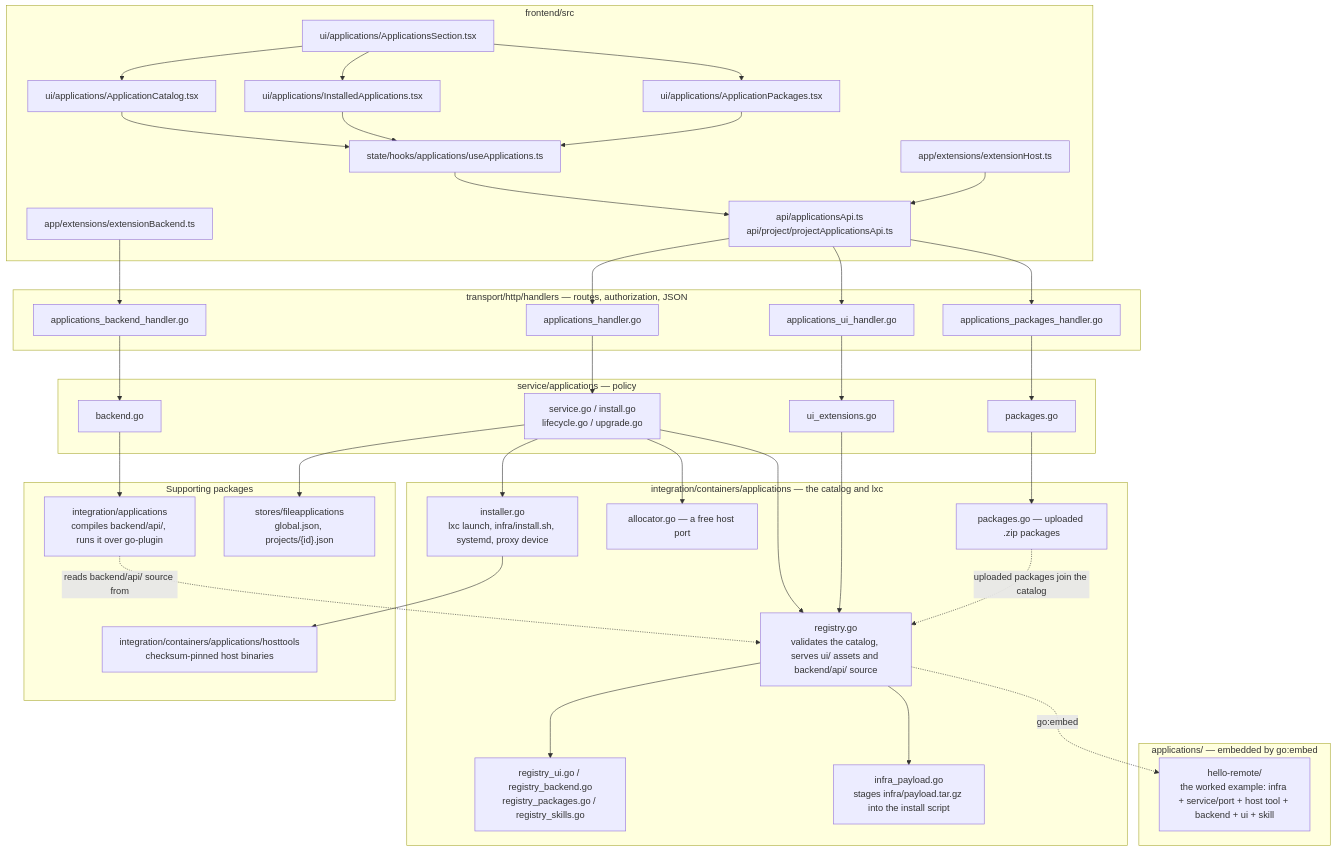
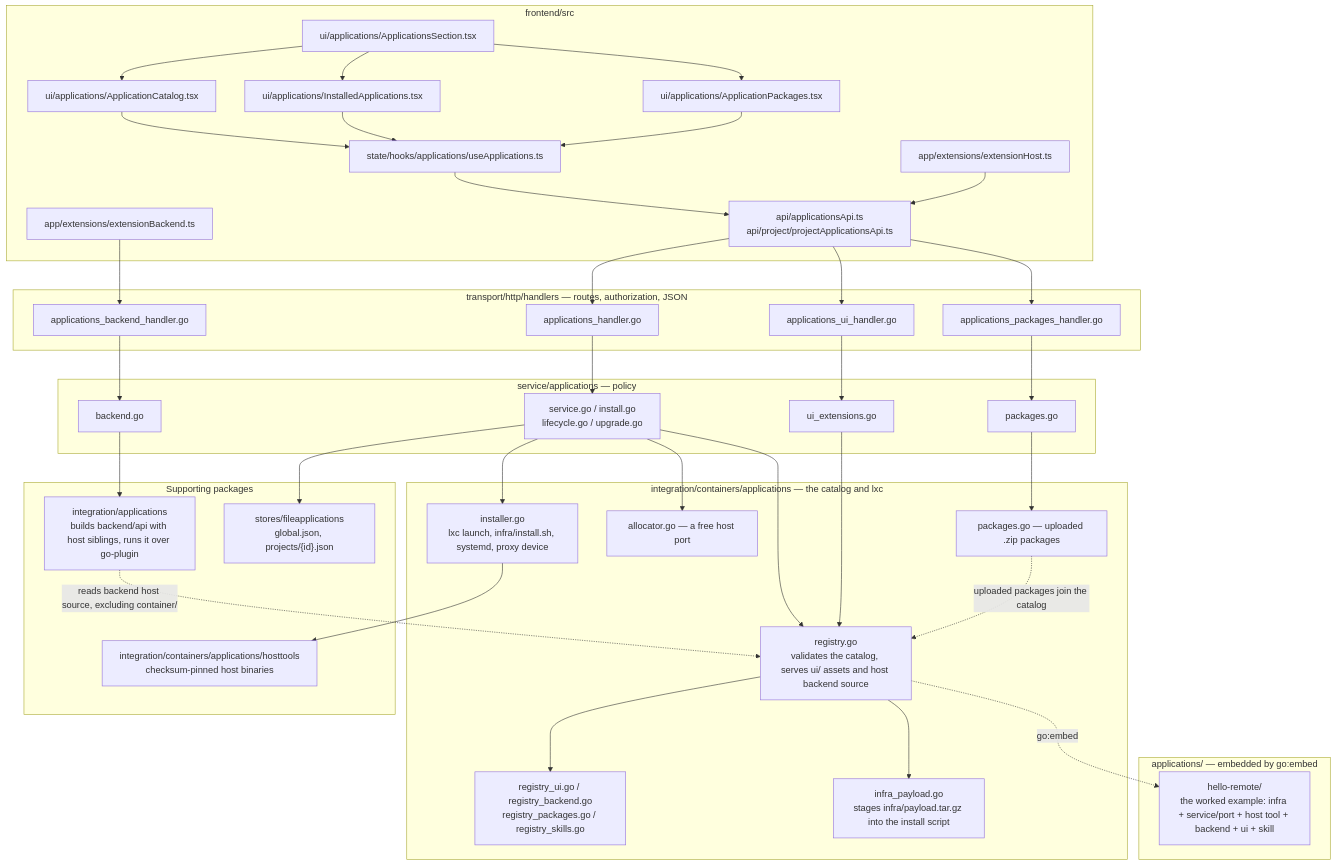
One commit to Ahmedwaleed22/remote.futrx changed the first of 2 diagrams in docs/dev/installable-applications/01-overview.md. Above: the diagram before and after it, drawn with Mermaid. The commit also changed other lines of this file and 33 other files, not shown here.

````diff
--- a/docs/dev/installable-applications/01-overview.md
+++ b/docs/dev/installable-applications/01-overview.md
@@ -106,79 +110,79 @@
 ```mermaid
 flowchart TB
     subgraph Frontend["frontend/src"]
         FE_Section["ui/applications/ApplicationsSection.tsx"]
         FE_Catalog["ui/applications/ApplicationCatalog.tsx"]
         FE_Installed["ui/applications/InstalledApplications.tsx"]
         FE_Packages["ui/applications/ApplicationPackages.tsx"]
         FE_Hook["state/hooks/applications/useApplications.ts"]
         FE_Api["api/applicationsApi.ts<br/>api/project/projectApplicationsApi.ts"]
         FE_ExtHost["app/extensions/extensionHost.ts"]
         FE_ExtBackend["app/extensions/extensionBackend.ts"]
     end
 
     subgraph HTTP["transport/http/handlers — routes, authorization, JSON"]
         H_Main["applications_handler.go"]
         H_UI["applications_ui_handler.go"]
         H_Backend["applications_backend_handler.go"]
         H_Packages["applications_packages_handler.go"]
     end
 
     subgraph Service["service/applications — policy"]
         S_Service["service.go / install.go<br/>lifecycle.go / upgrade.go"]
         S_UIExt["ui_extensions.go"]
         S_Backend["backend.go"]
         S_Packages["packages.go"]
     end
 
     subgraph Integration["integration/containers/applications — the catalog and lxc"]
-        I_Registry["registry.go<br/>validates the catalog, serves ui/ assets and backend/api/ source"]
+        I_Registry["registry.go<br/>validates the catalog, serves ui/ assets and host backend source"]
         I_RegParts["registry_ui.go / registry_backend.go<br/>registry_packages.go / registry_skills.go"]
         I_Payload["infra_payload.go<br/>stages infra/payload.tar.gz into the install script"]
         I_Installer["installer.go<br/>lxc launch, infra/install.sh, systemd, proxy device"]
         I_Allocator["allocator.go — a free host port"]
         I_Packages["packages.go — uploaded .zip packages"]
     end
 
     subgraph Support["Supporting packages"]
-        P_ApplicationHost["integration/applications<br/>compiles backend/api/, runs it over go-plugin"]
+        P_ApplicationHost["integration/applications<br/>builds backend/api with host siblings, runs it over go-plugin"]
         P_FileApps["stores/fileapplications<br/>global.json, projects/{id}.json"]
         P_HostTools["integration/containers/applications/hosttools<br/>checksum-pinned host binaries"]
     end
 
     subgraph Catalog["applications/ — embedded by go:embed"]
         C_Hello["hello-remote/<br/>the worked example: infra + service/port + host tool + backend + ui + skill"]
     end
 
     FE_Section --> FE_Catalog
     FE_Section --> FE_Installed
     FE_Section --> FE_Packages
     FE_Catalog --> FE_Hook
     FE_Installed --> FE_Hook
     FE_Packages --> FE_Hook
     FE_Hook --> FE_Api
     FE_ExtHost --> FE_Api
     FE_Api --> H_Main
     FE_Api --> H_UI
     FE_Api --> H_Packages
     FE_ExtBackend --> H_Backend
 
     H_Main --> S_Service
     H_UI --> S_UIExt
     H_Backend --> S_Backend
     H_Packages --> S_Packages
 
     S_Service --> I_Registry
     S_Service --> I_Installer
     S_Service --> I_Allocator
     S_Service --> P_FileApps
     S_UIExt --> I_Registry
     S_Backend --> P_ApplicationHost
     S_Packages --> I_Packages
 
     I_Registry --> I_RegParts
     I_Registry --> I_Payload
     I_Registry -. go:embed .-> C_Hello
     I_Installer --> P_HostTools
     I_Packages -. uploaded packages join the catalog .-> I_Registry
-    P_ApplicationHost -. reads backend/api/ source from .-> I_Registry
+    P_ApplicationHost -. reads backend host source, excluding container/ .-> I_Registry
 ```
````
